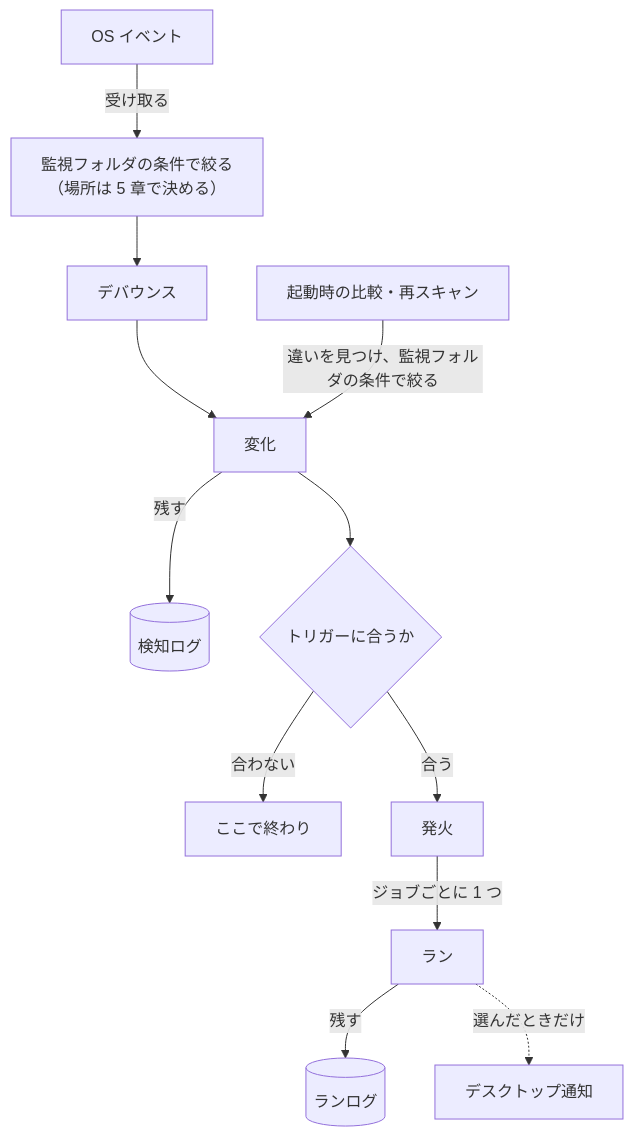
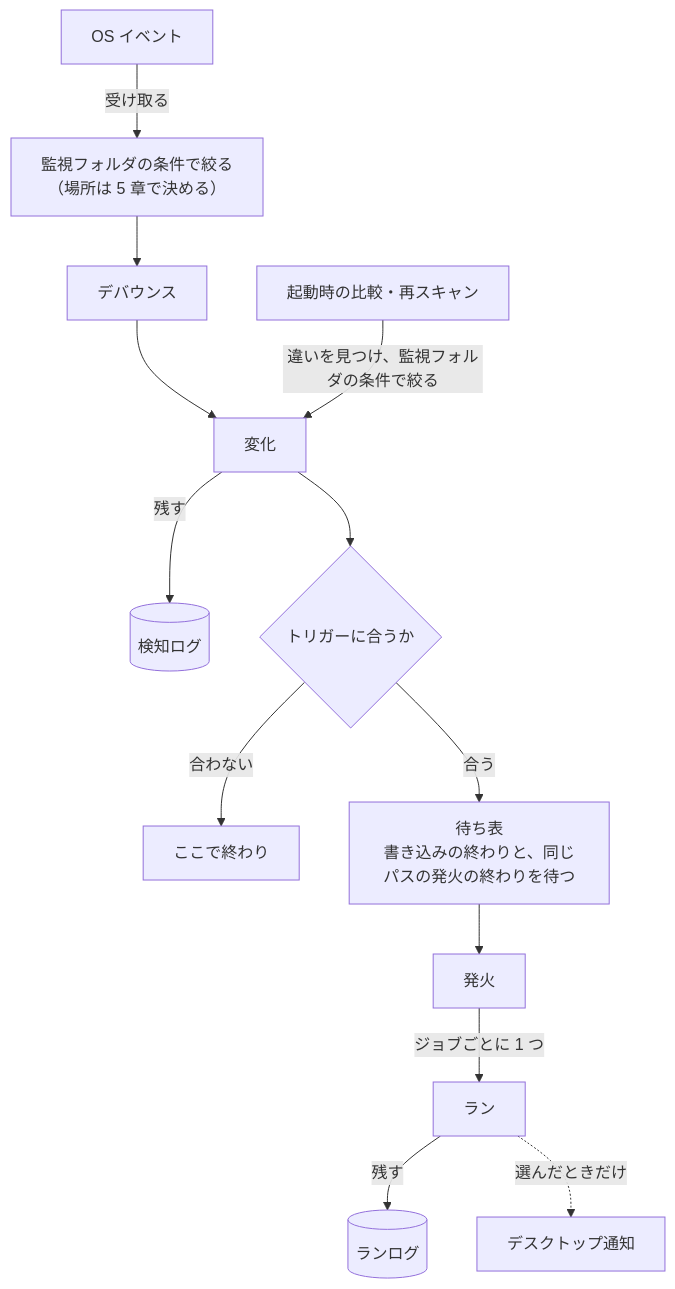
One commit to capypara20/Foxonar changed the second of 4 diagrams in docs/design.ja.md. Above: the diagram before and after it, drawn with Mermaid. The commit also changed other lines of this file and 2 other files, not shown here.

````diff
--- a/docs/design.ja.md
+++ b/docs/design.ja.md
@@ -77,14 +77,15 @@
 ```mermaid
 flowchart TD
   os["OS イベント"] -->|受け取る| narrow["監視フォルダの条件で絞る<br>（場所は 5 章で決める）"]
   narrow --> deb["デバウンス"]
   deb --> change["変化"]
   scan["起動時の比較・再スキャン"] -->|違いを見つけ、監視フォルダの条件で絞る| change
   change -->|残す| dlog[("検知ログ")]
   change --> match{"トリガーに合うか"}
   match -->|合わない| stop["ここで終わり"]
-  match -->|合う| firing["発火"]
+  match -->|合う| pending["待ち表<br>書き込みの終わりと、同じパスの発火の終わりを待つ"]
+  pending --> firing["発火"]
   firing -->|ジョブごとに 1 つ| run["ラン"]
   run -->|残す| rlog[("ランログ")]
   run -.->|選んだときだけ| toast["デスクトップ通知"]
 ```
````
